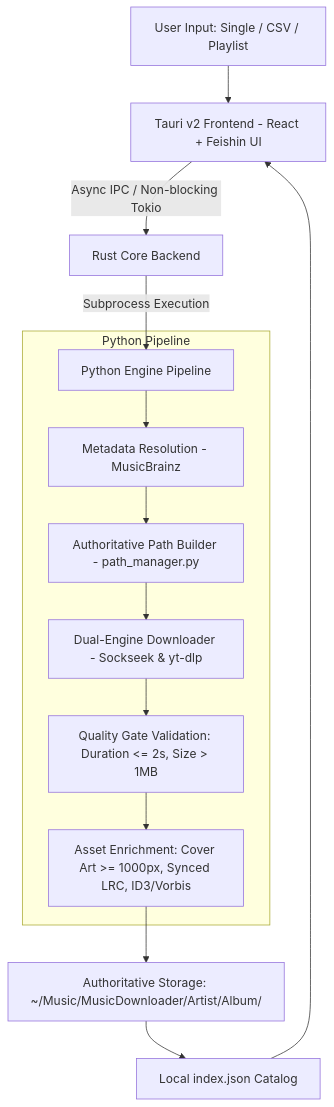
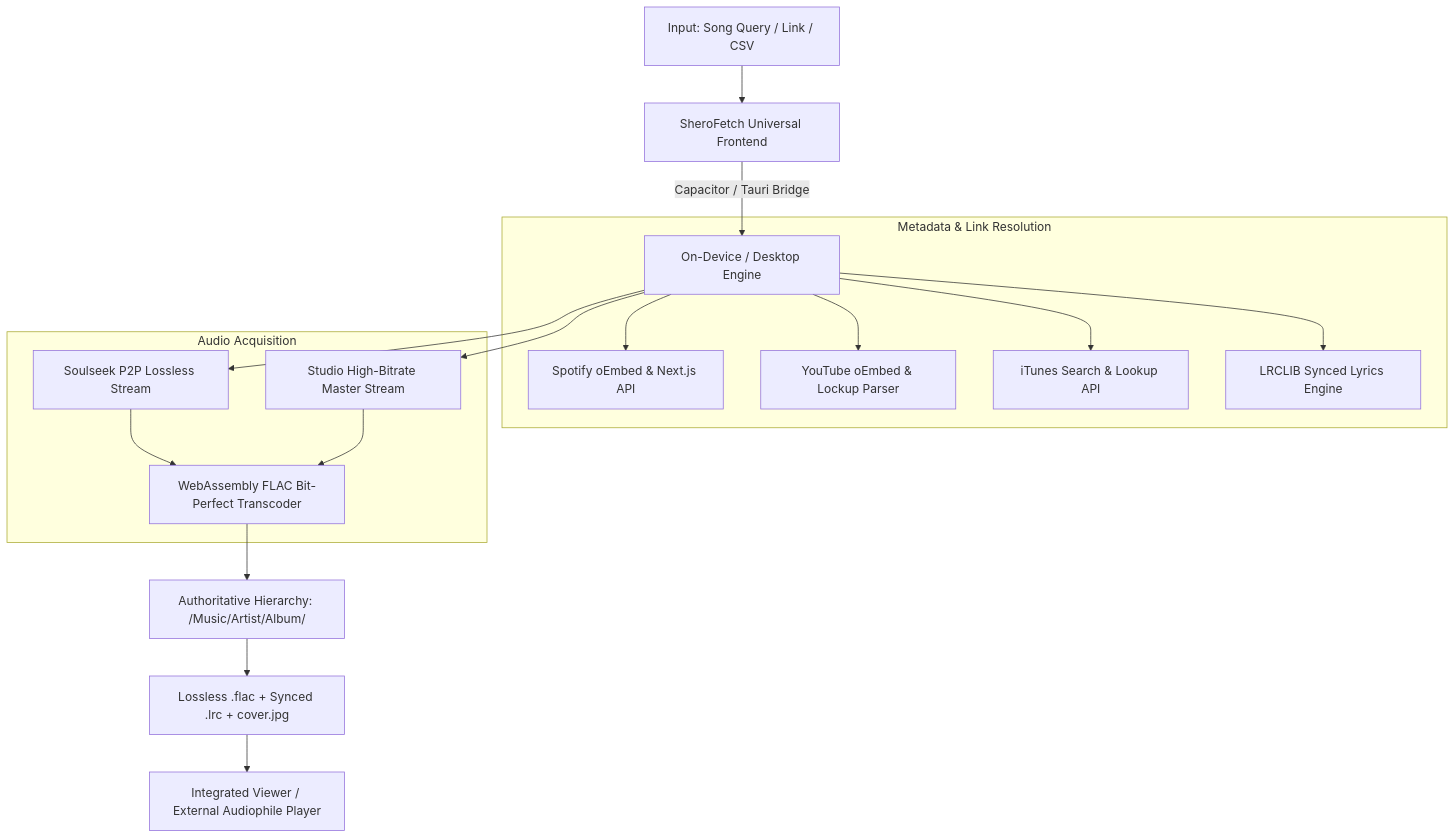
The diagram in README.md (meet-the-1337/SheroFetch), drawn with Mermaid before and after one commit. The commit also changed other lines of this file and 7 other files, not shown here.

Commit message:
docs(v2.4.0): Hey beautiful, wanna listen to lossless FLAC? - Full working premium music downloader and organiser with lyrics and cover support

````diff
--- a/README.md
+++ b/README.md
@@ -51,18 +164,22 @@
 ```mermaid
 graph TD
-    A[User Input: Single / CSV / Playlist] --> B[Tauri v2 Frontend - React + Feishin UI]
-    B -->|Async IPC / Non-blocking Tokio| C[Rust Core Backend]
-    C -->|Subprocess Execution| D[Python Engine Pipeline]
+    A[Input: Song Query / Link / CSV] --> B[SheroFetch Universal Frontend]
+    B -->|Capacitor / Tauri Bridge| C[On-Device / Desktop Engine]
     
-    subgraph Python Pipeline
-        D --> E[Metadata Resolution - MusicBrainz]
-        E --> F[Authoritative Path Builder - path_manager.py]
-        F --> G[Dual-Engine Downloader - Sockseek & yt-dlp]
-        G --> H[Quality Gate Validation: Duration <= 2s, Size > 1MB]
-        H --> I[Asset Enrichment: Cover Art >= 1000px, Synced LRC, ID3/Vorbis]
+    subgraph Metadata & Link Resolution
+        C --> D[Spotify oEmbed & Next.js API]
+        C --> E[YouTube oEmbed & Lockup Parser]
+        C --> F[iTunes Search & Lookup API]
+        C --> G[LRCLIB Synced Lyrics Engine]
     end
     
-    I --> J[Authoritative Storage: ~/Music/MusicDownloader/Artist/Album/]
-    J --> K[Local index.json Catalog]
-    K --> B
+    subgraph Audio Acquisition
+        C --> H[Soulseek P2P Lossless Stream]
+        C --> I[Studio High-Bitrate Master Stream]
+        H & I --> J[WebAssembly FLAC Bit-Perfect Transcoder]
+    end
+    
+    J --> K[Authoritative Hierarchy: /Music/Artist/Album/]
+    K --> L[Lossless .flac + Synced .lrc + cover.jpg]
+    L --> M[Integrated Viewer / External Audiophile Player]
 ```
````
